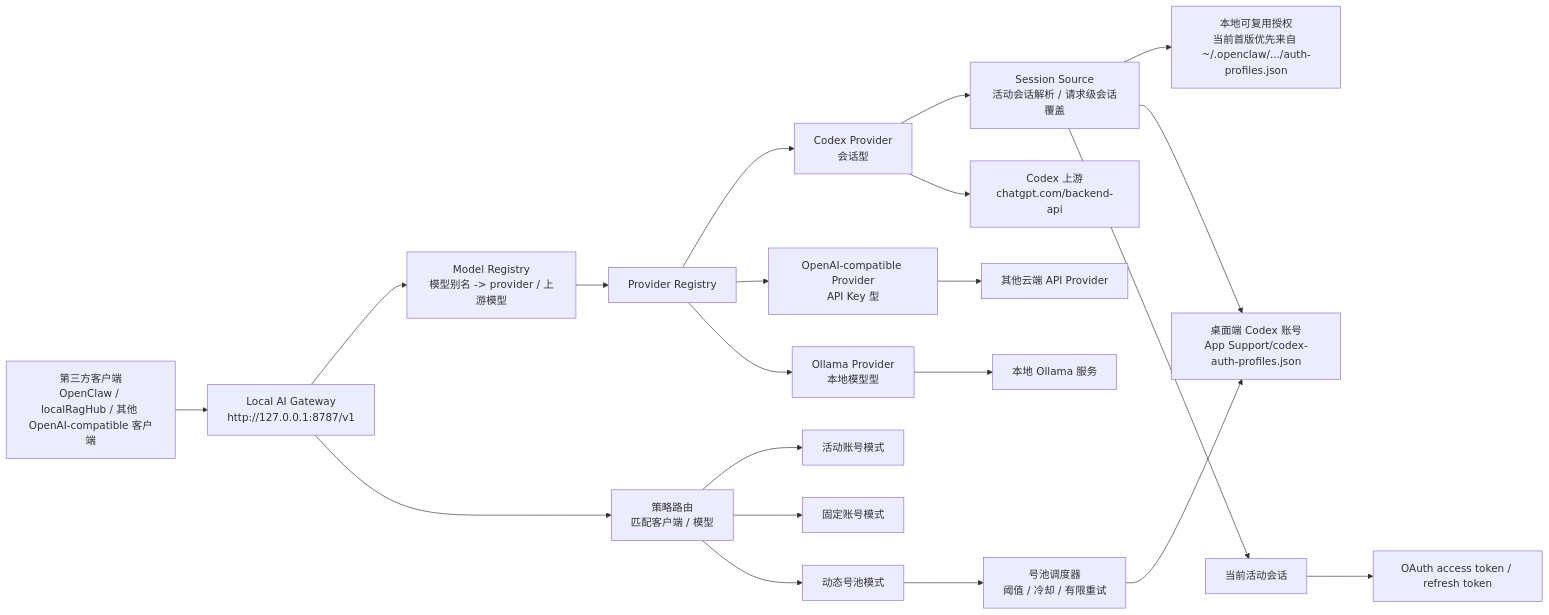
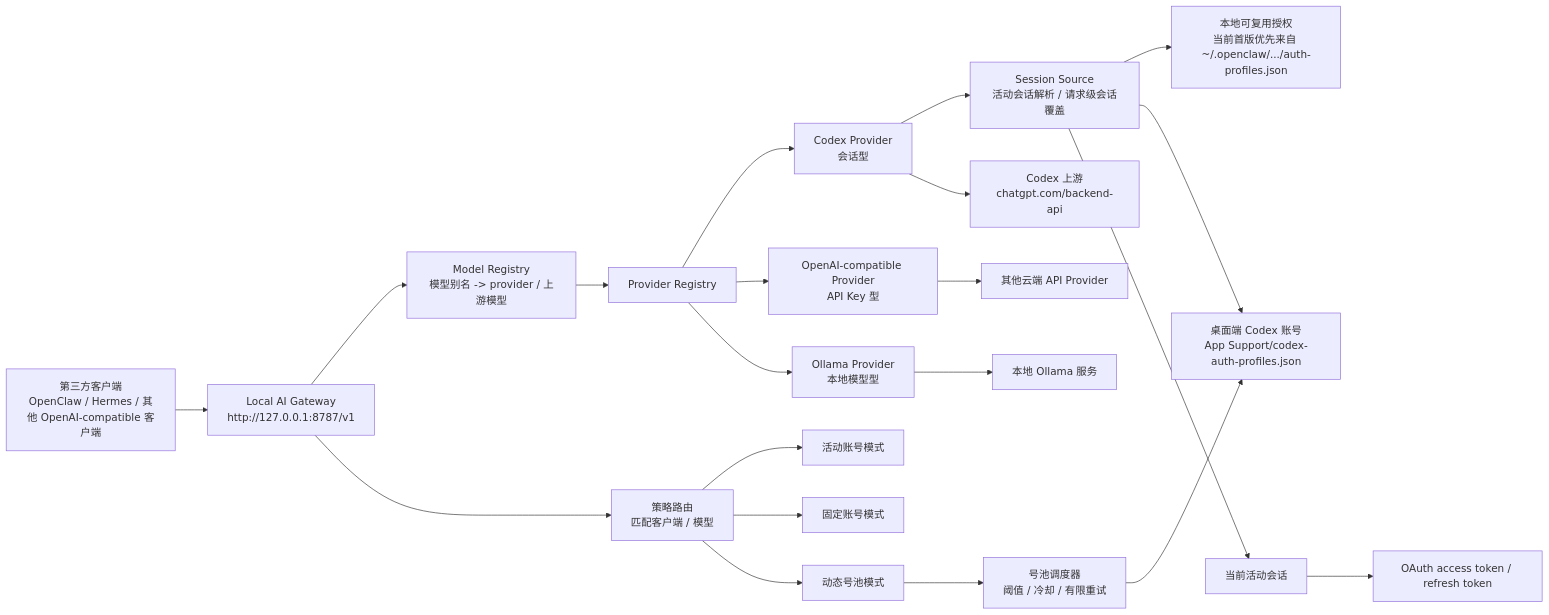
Before and after one commit to Henery002/local-ai-gateway: the diagram in docs/architecture/概念地图.md, drawn with Mermaid. The commit also changed other lines of this file and 7 other files, not shown here.

````diff
--- a/docs/architecture/概念地图.md
+++ b/docs/architecture/概念地图.md
@@ -7,27 +7,27 @@
 ```mermaid
 flowchart LR
-    A["第三方客户端<br/>OpenClaw / localRagHub / 其他 OpenAI-compatible 客户端"] --> B["Local AI Gateway<br/>http://127.0.0.1:8787/v1"]
+    A["第三方客户端<br/>OpenClaw / Hermes / 其他 OpenAI-compatible 客户端"] --> B["Local AI Gateway<br/>http://127.0.0.1:8787/v1"]
     B --> C["Model Registry<br/>模型别名 -> provider / 上游模型"]
     C --> D["Provider Registry"]
 
     D --> E["Codex Provider<br/>会话型"]
     D --> F["OpenAI-compatible Provider<br/>API Key 型"]
     D --> G["Ollama Provider<br/>本地模型型"]
 
     B --> P["策略路由<br/>匹配客户端 / 模型"]
     P --> Q["活动账号模式"]
     P --> R["固定账号模式"]
     P --> S["动态号池模式"]
 
     E --> H["Session Source<br/>活动会话解析 / 请求级会话覆盖"]
     H --> I["本地可复用授权<br/>当前首版优先来自 ~/.openclaw/.../auth-profiles.json"]
     H --> J["桌面端 Codex 账号<br/>App Support/codex-auth-profiles.json"]
     H --> K["当前活动会话"]
     S --> T["号池调度器<br/>阈值 / 冷却 / 有限重试"]
     T --> J
     K --> L["OAuth access token / refresh token"]
     E --> M["Codex 上游<br/>chatgpt.com/backend-api"]
 
     F --> N["其他云端 API Provider"]
     G --> O["本地 Ollama 服务"]
 ```
````
